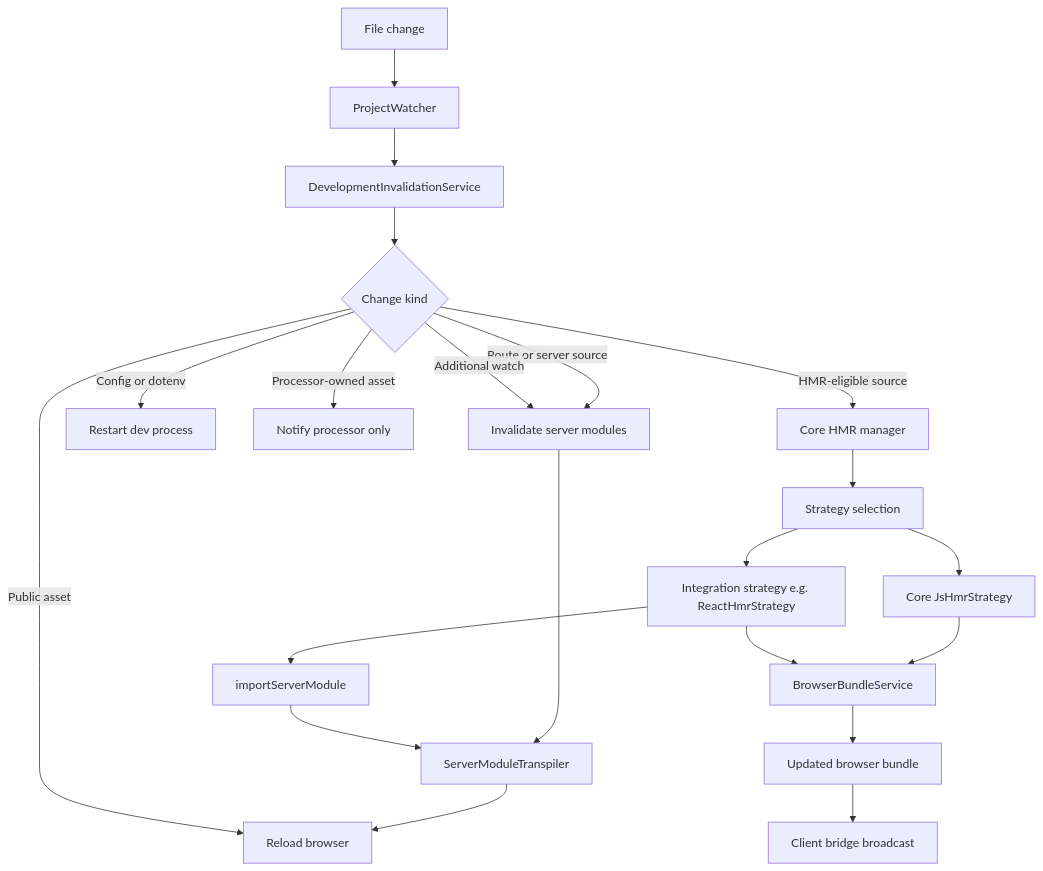
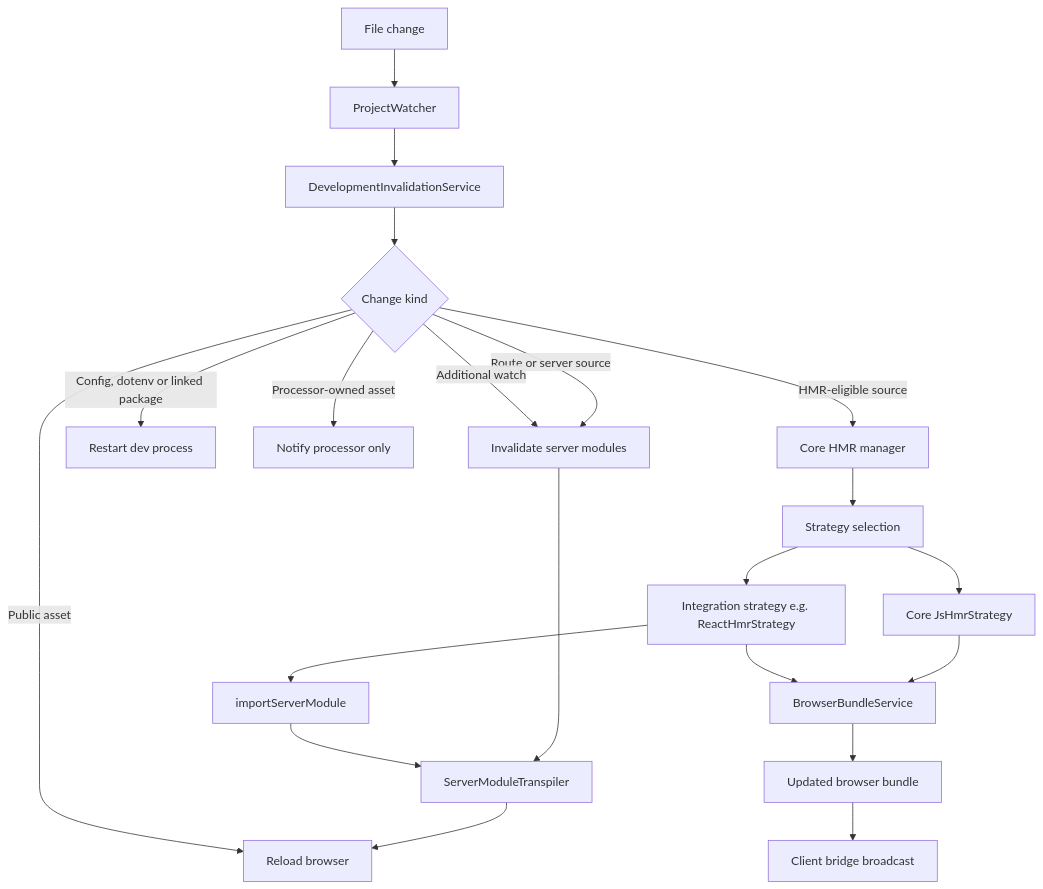
Before and after one commit to ecopages/ecopages: the second of 2 diagrams in packages/core/README.md, drawn with Mermaid. The commit also changed other lines of this file and 9 other files, not shown here.

First line of the commit message:
fix(core): restart development when a workspace-linked package changes

````diff
--- a/packages/core/README.md
+++ b/packages/core/README.md
@@ -50,23 +50,23 @@
 ```mermaid
 flowchart TD
 	A[File change] --> B[ProjectWatcher]
 	B --> C[DevelopmentInvalidationService]
 	C --> D{Change kind}
 	D -->|Route or server source| E[Invalidate server modules]
 	D -->|Additional watch| E
-	D -->|Config or dotenv| R[Restart dev process]
+	D -->|Config, dotenv or linked package| R[Restart dev process]
 	E --> N[Notify processors]
 	N --> F[Reload browser]
 	D -->|Public asset| F
 	D -->|Processor-owned asset| G[Notify processor only]
 	D -->|HMR-eligible source| H[Core HMR manager]
 	H --> I[Strategy selection]
 	I --> J[Core JsHmrStrategy]
 	I --> K[Integration strategy e.g. ReactHmrStrategy]
 	J --> L[BrowserBundleService]
 	K --> L
 	K --> M[importServerModule]
 	M --> N[ServerModuleTranspiler]
 	L --> O[Updated browser bundle]
 	O --> P[Client bridge broadcast]
 ```
````
